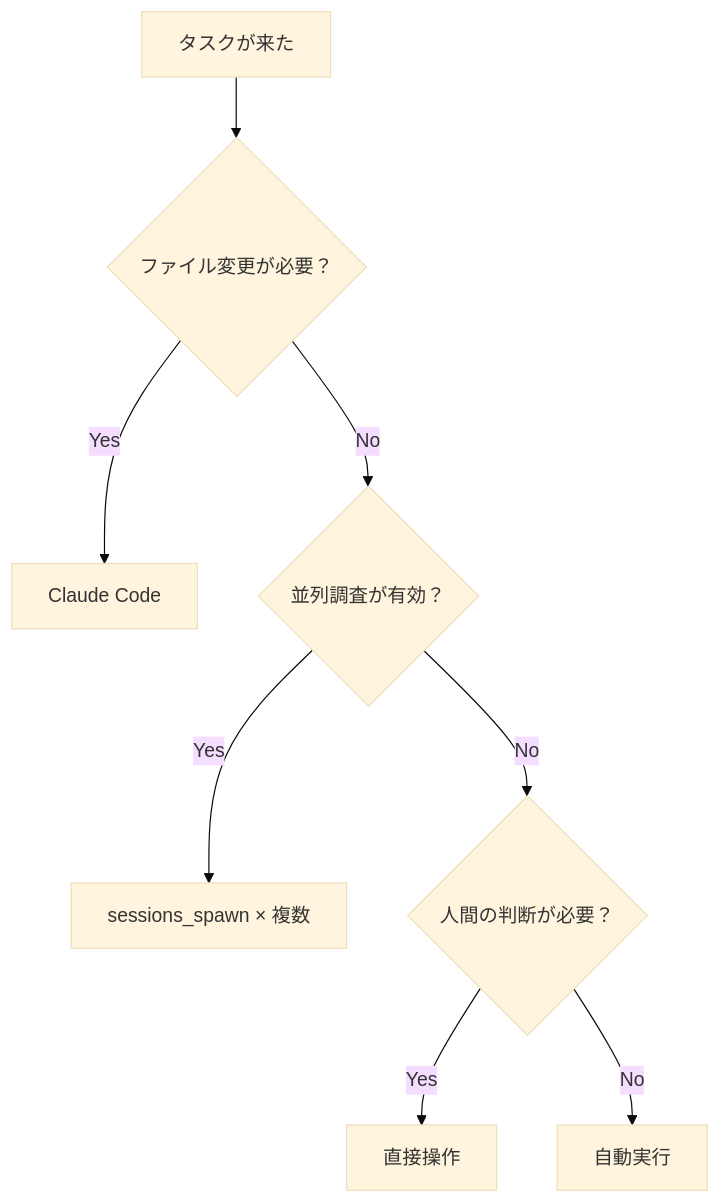
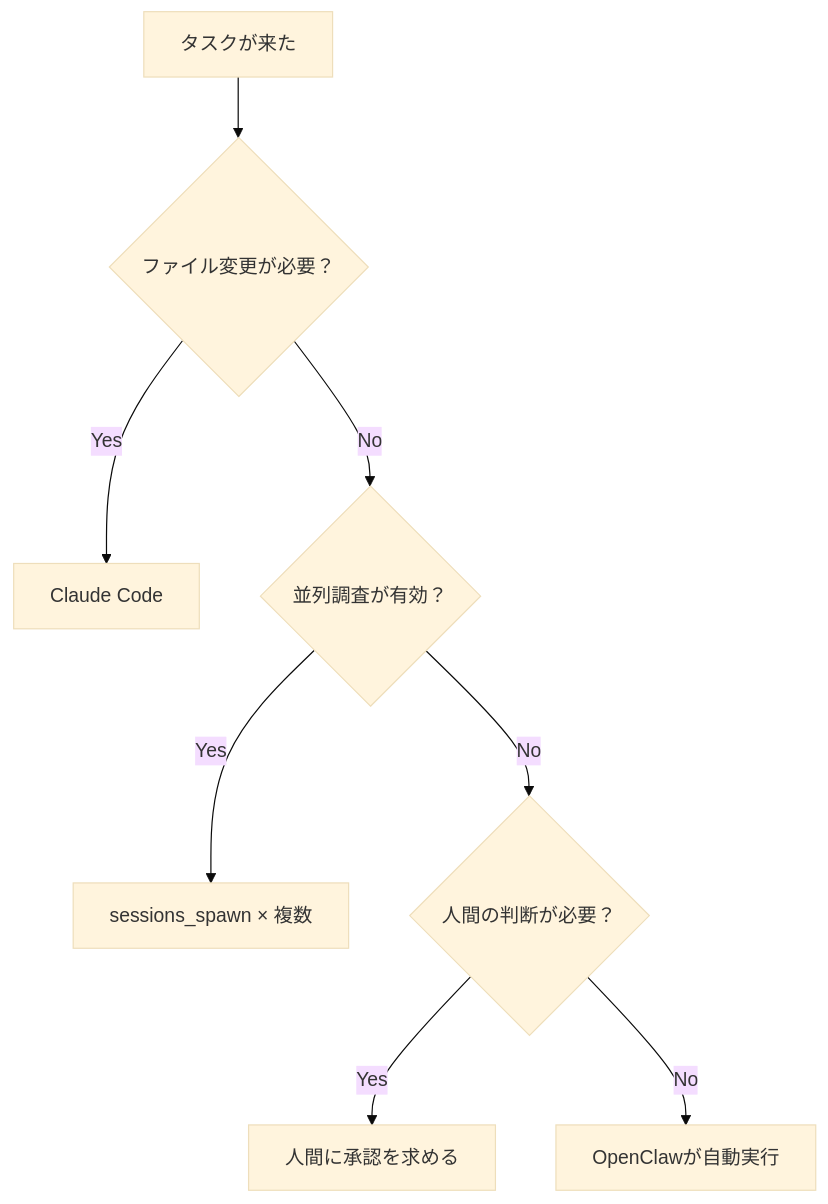
Before and after one commit to imudak/maruhuku-contents: the fourth of 4 diagrams in articles/hybrid-ai-operation.md, drawn with Mermaid (base theme). The commit also changed other lines of this file, not shown here.

````diff
--- a/articles/hybrid-ai-operation.md
+++ b/articles/hybrid-ai-operation.md
@@ -262,10 +270,10 @@
 ```mermaid
 graph TD
     Start["タスクが来た"] --> Q1{"ファイル変更が必要？"}
     Q1 -->|Yes| A1["Claude Code"]
     Q1 -->|No| Q2{"並列調査が有効？"}
     Q2 -->|Yes| A2["sessions_spawn × 複数"]
     Q2 -->|No| Q3{"人間の判断が必要？"}
-    Q3 -->|Yes| A3["直接操作"]
-    Q3 -->|No| A4["自動実行"]
+    Q3 -->|Yes| A3["人間に承認を求める"]
+    Q3 -->|No| A4["OpenClawが自動実行"]
 ```
````
